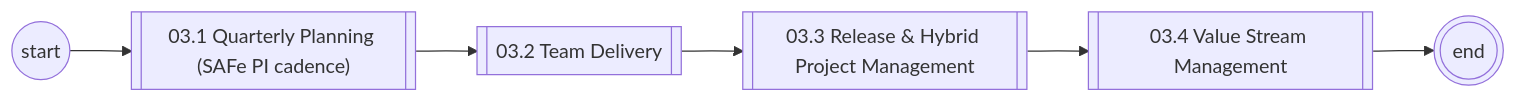
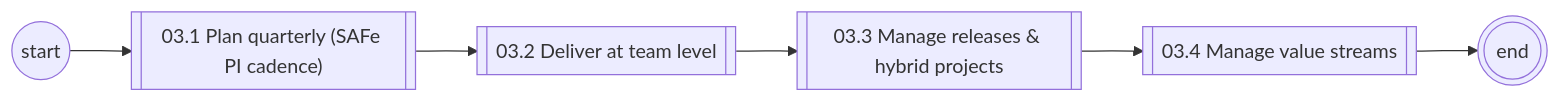
The first of 5 diagrams in diagrams/mermaid/area-03.md (corbyjames/apptio-process-catalog), drawn with Mermaid before and after one commit. The commit also changed other lines of this file and 251 other files, not shown here.

````diff
--- a/diagrams/mermaid/area-03.md
+++ b/diagrams/mermaid/area-03.md
@@ -7,13 +7,13 @@
 ```mermaid
 flowchart LR
   S((start))
-  N03_1[["03.1 Quarterly Planning (SAFe PI cadence)"]]
+  N03_1[["03.1 Plan quarterly (SAFe PI cadence)"]]
   S --> N03_1
-  N03_2[["03.2 Team Delivery"]]
+  N03_2[["03.2 Deliver at team level"]]
   N03_1 --> N03_2
-  N03_3[["03.3 Release & Hybrid Project Management"]]
+  N03_3[["03.3 Manage releases & hybrid projects"]]
   N03_2 --> N03_3
-  N03_4[["03.4 Value Stream Management"]]
+  N03_4[["03.4 Manage value streams"]]
   N03_3 --> N03_4
   N03_4 --> E(((end)))
 ```
````
